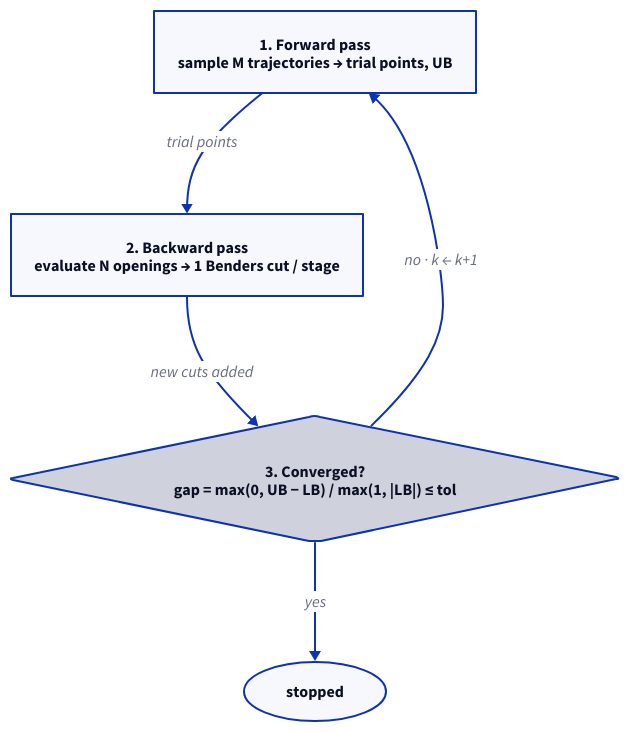
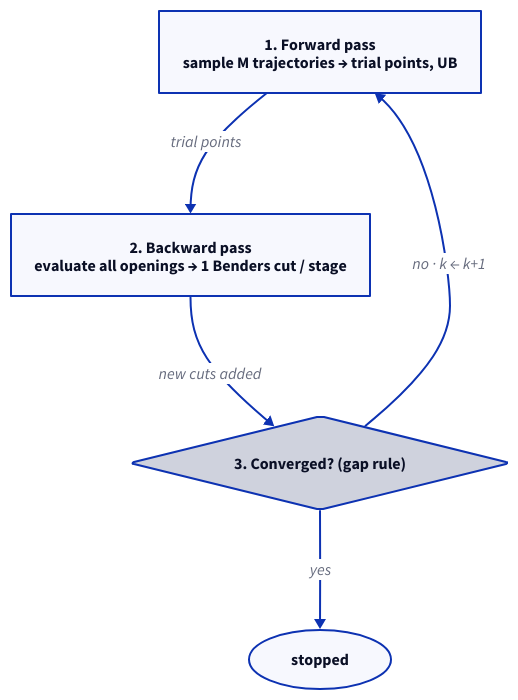
The first of 2 diagrams in src/content/docs/math/sddp-algorithm.mdx (cobre-rs/cobre-docs), drawn with D2 before and after one commit. The commit also changed other lines of this file and 33 other files, not shown here.

````diff
--- a/src/content/docs/math/sddp-algorithm.mdx
+++ b/src/content/docs/math/sddp-algorithm.mdx
@@ -55,13 +55,13 @@
 ```d2
 direction: down
 
 fwd: "1. Forward pass\nsample M trajectories → trial points, UB" {shape: rectangle}
-bwd: "2. Backward pass\nevaluate N openings → 1 Benders cut / stage" {shape: rectangle}
-conv: "3. Converged?\ngap = max(0, UB − LB) / max(1, |LB|) ≤ tol" {shape: diamond}
+bwd: "2. Backward pass\nevaluate all openings → 1 Benders cut / stage" {shape: rectangle}
+conv: "3. Converged? (gap rule)" {shape: diamond}
 done: stopped {shape: oval}
 
 fwd -> bwd: trial points
 bwd -> conv: new cuts added
 conv -> fwd: no · k ← k+1
 conv -> done: yes
 ```
````
